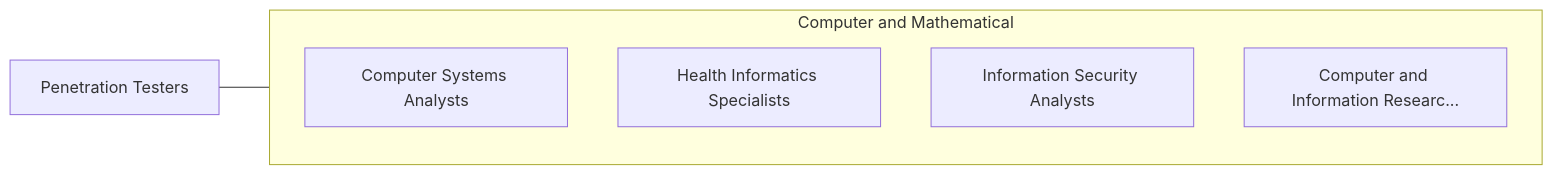
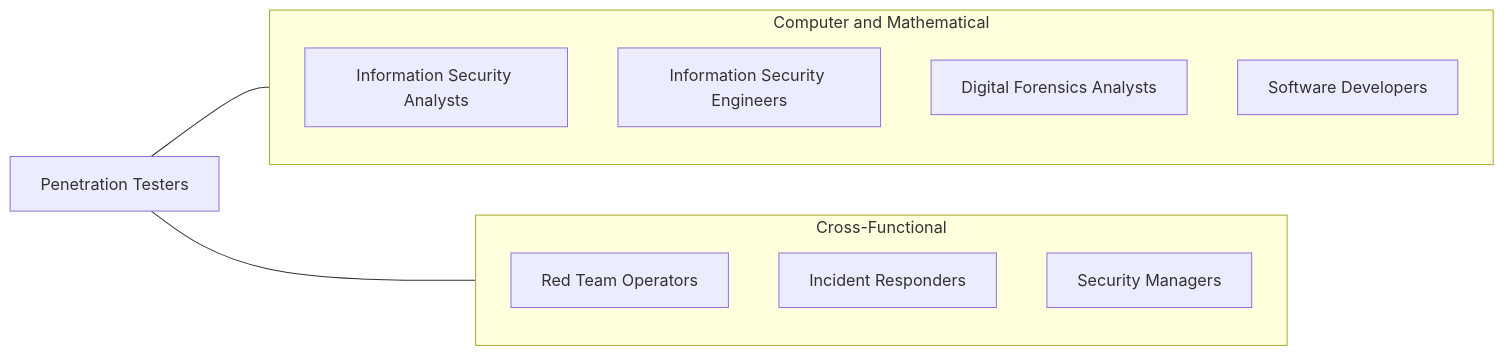
One commit to kziemski/business.org.ai changed the third of 4 diagrams in occupations/Technology/PenetrationTesters.mdx. Above: the diagram before and after it, drawn with Mermaid. The commit also changed other lines of this file and 938 other files, not shown here.

````diff
--- a/occupations/Technology/PenetrationTesters.mdx
+++ b/occupations/Technology/PenetrationTesters.mdx
@@ -106,13 +204,20 @@
 ```mermaid
 graph LR
     Current["Penetration Testers"]
 
     subgraph SameCategory["Computer and Mathematical"]
-        ComputerSystemsAnaly["Computer Systems Analysts"]
-        HealthInformaticsSpe["Health Informatics Specialists"]
-        InformationSecurityA["Information Security Analysts"]
-        ComputerAndInformati["Computer and Information Researc..."]
+        ISA["Information Security Analysts"]
+        ISE["Information Security Engineers"]
+        DFA["Digital Forensics Analysts"]
+        SD["Software Developers"]
+    end
+
+    subgraph CrossFunctional["Cross-Functional"]
+        RT["Red Team Operators"]
+        IR["Incident Responders"]
+        SM["Security Managers"]
     end
 
     Current --- SameCategory
+    Current --- CrossFunctional
 ```
````
